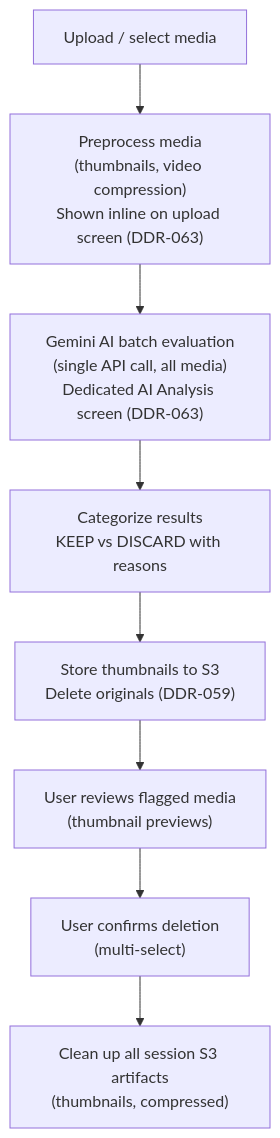
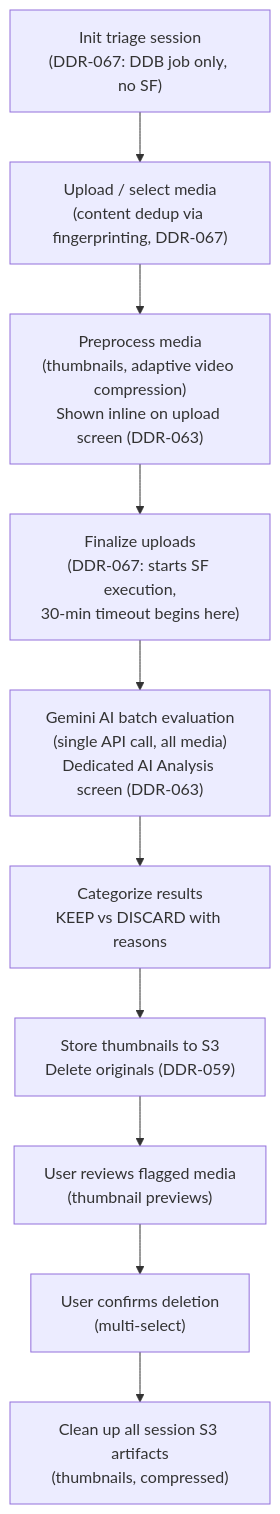
One commit to francis-pang/ai-social-media-helper changed the first of 2 diagrams in docs/media-triage.md. Above: the diagram before and after it, drawn with Mermaid. The commit also changed other lines of this file and 16 other files, not shown here.

First line of the commit message:
feat: triage processing optimization (DDR-067)

````diff
--- a/docs/media-triage.md
+++ b/docs/media-triage.md
@@ -13,13 +13,15 @@
 ```mermaid
 flowchart TD
-    Upload["Upload / select media"]
-    Preprocess["Preprocess media\n(thumbnails, video compression)\nShown inline on upload screen (DDR-063)"]
+    Init["Init triage session\n(DDR-067: DDB job only, no SF)"]
+    Upload["Upload / select media\n(content dedup via fingerprinting, DDR-067)"]
+    Preprocess["Preprocess media\n(thumbnails, adaptive video compression)\nShown inline on upload screen (DDR-063)"]
+    Finalize["Finalize uploads\n(DDR-067: starts SF execution,\n30-min timeout begins here)"]
     Gemini["Gemini AI batch evaluation\n(single API call, all media)\nDedicated AI Analysis screen (DDR-063)"]
     Categorize["Categorize results\nKEEP vs DISCARD with reasons"]
     StoreThumbs["Store thumbnails to S3\nDelete originals (DDR-059)"]
     Review["User reviews flagged media\n(thumbnail previews)"]
     Confirm["User confirms deletion\n(multi-select)"]
     Cleanup["Clean up all session S3 artifacts\n(thumbnails, compressed)"]
 
-    Upload --> Preprocess --> Gemini --> Categorize --> StoreThumbs --> Review --> Confirm --> Cleanup
+    Init --> Upload --> Preprocess --> Finalize --> Gemini --> Categorize --> StoreThumbs --> Review --> Confirm --> Cleanup
 ```
````
